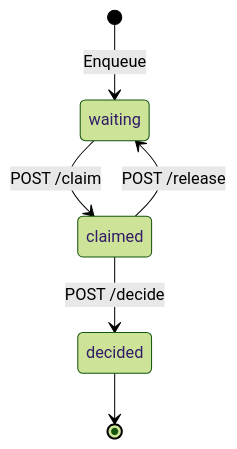
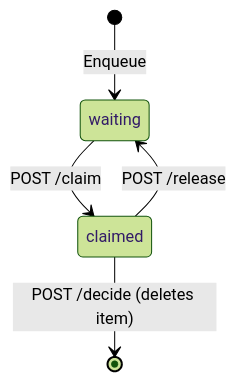
Before and after one commit to really-knows-ai/gideas: the second of 3 diagrams in specs/04-sdk/08-sdk-hitl.md, drawn with Mermaid (forest theme). The commit also changed other lines of this file and 22 other files, not shown here.

````diff
--- a/specs/04-sdk/08-sdk-hitl.md
+++ b/specs/04-sdk/08-sdk-hitl.md
@@ -98,8 +130,7 @@
 ```mermaid
 stateDiagram-v2
     [*] --> waiting : Enqueue
     waiting --> claimed : POST /claim
     claimed --> waiting : POST /release
-    claimed --> decided : POST /decide
-    decided --> [*]
+    claimed --> [*] : POST /decide (deletes item)
 ```
````
